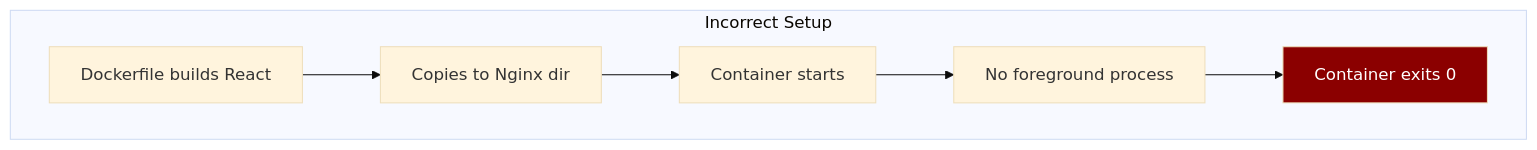
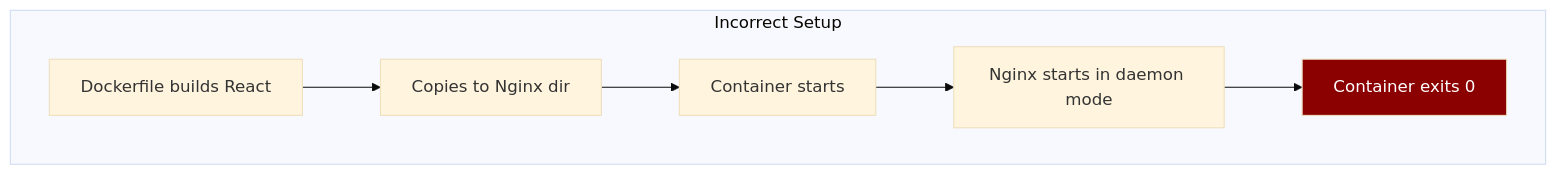
The first of 3 diagrams in posts/2025-12-16-react-docker-nginx-exit-code-0/README.md (OneUptime/blog), drawn with Mermaid (base theme) before and after one commit. The commit also changed other lines of this file and 2 other files, not shown here.

Commit message:
validate: 2025-12-16-react-docker-nginx-exit-code-0

````diff
--- a/posts/2025-12-16-react-docker-nginx-exit-code-0/README.md
+++ b/posts/2025-12-16-react-docker-nginx-exit-code-0/README.md
@@ -15,14 +15,14 @@
 ```mermaid
 flowchart TB
     subgraph Wrong["Incorrect Setup"]
         D1[Dockerfile builds React]
         D2[Copies to Nginx dir]
         D3[Container starts]
-        D4[No foreground process]
+        D4[Nginx starts in daemon mode]
         D5[Container exits 0]
     end
 
     D1 --> D2 --> D3 --> D4 --> D5
 
     style D5 fill:#8b0000,color:#fff
 ```
````
